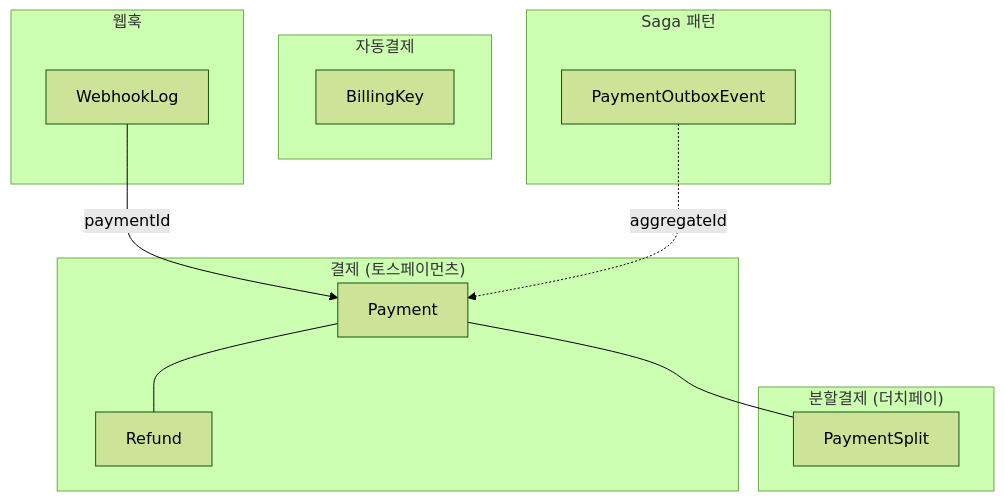
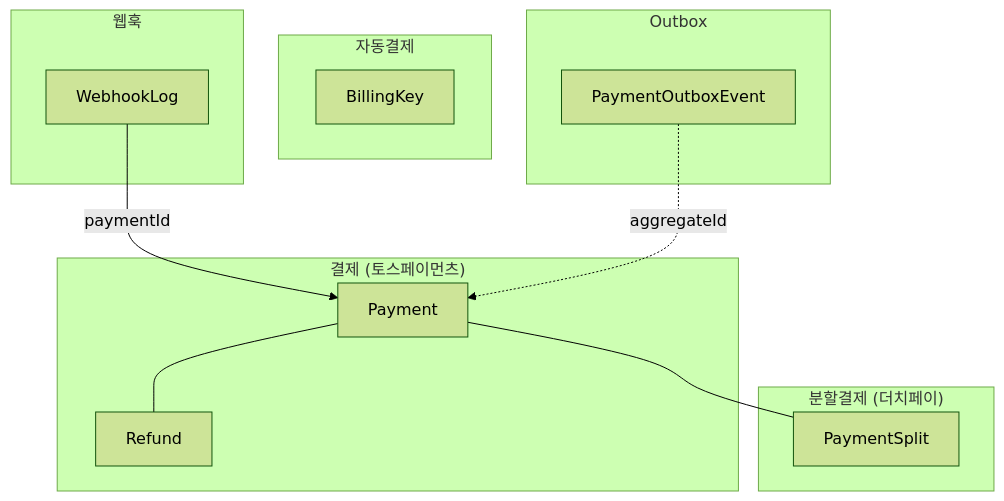
Diagram 20 of 30 in docs/architecture/DATABASE.md (uniyous/parkgolf-platform), drawn with Mermaid (forest theme) before and after one commit. The commit also changed other lines of this file and 9 other files, not shown here.

First line of the commit message:
docs: saga-service 독립 분리에 따른 아키텍처/워크플로우 문서 현행화

````diff
--- a/docs/architecture/DATABASE.md
+++ b/docs/architecture/DATABASE.md
@@ -1042,28 +1043,28 @@
 ```mermaid
 flowchart TB
     subgraph core["결제 (토스페이먼츠)"]
         P_Payment["Payment"]
         P_Refund["Refund"]
         P_Payment --- P_Refund
     end
 
     subgraph split["분할결제 (더치페이)"]
         P_Split["PaymentSplit"]
         P_Payment --- P_Split
     end
 
     subgraph billing["자동결제"]
         P_BillingKey["BillingKey"]
     end
 
     subgraph webhook["웹훅"]
         P_WebhookLog["WebhookLog"]
     end
 
-    subgraph saga["Saga 패턴"]
+    subgraph outbox["Outbox"]
         P_Outbox["PaymentOutboxEvent"]
     end
 
     P_WebhookLog -->|paymentId| P_Payment
     P_Outbox -.->|aggregateId| P_Payment
 ```
````
